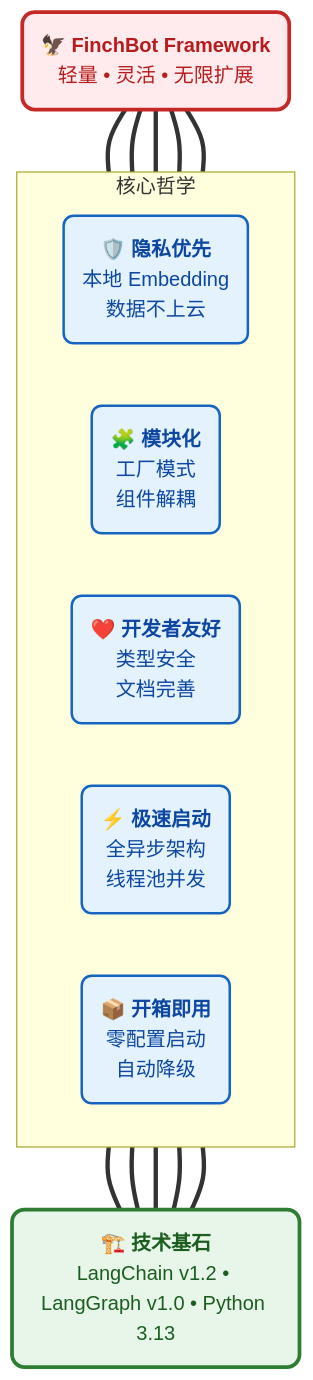
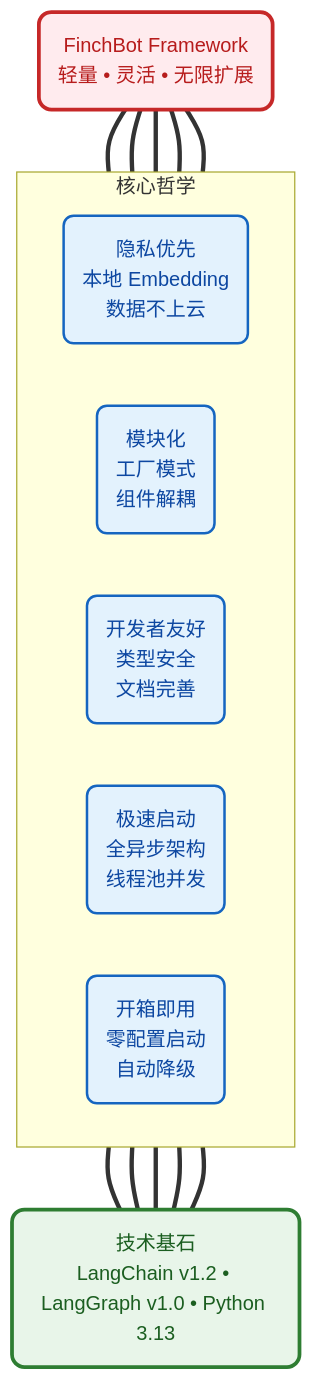
The first of 8 diagrams in README_CN.md (xt765/FinchBot), drawn with Mermaid before and after one commit. The commit also changed other lines of this file and 18 other files, not shown here.

First line of the commit message:
docs: 简化架构图并删除所有mermaid图中的表情包

````diff
--- a/README_CN.md
+++ b/README_CN.md
@@ -66,27 +66,22 @@
 ```mermaid
 graph BT
-    %% 样式定义
     classDef roof fill:#ffebee,stroke:#c62828,stroke-width:3px,color:#b71c1c,rx:10,ry:10;
     classDef pillar fill:#e3f2fd,stroke:#1565c0,stroke-width:2px,color:#0d47a1,rx:8,ry:8;
     classDef base fill:#e8f5e9,stroke:#2e7d32,stroke-width:3px,color:#1b5e20,rx:10,ry:10;
 
-    %% 顶层
-    Roof("🦅 <b>FinchBot Framework</b><br/>轻量 • 灵活 • 无限扩展"):::roof
+    Roof("FinchBot Framework<br/>轻量 • 灵活 • 无限扩展"):::roof
 
-    %% 支柱
     subgraph Pillars [核心哲学]
         direction LR
-        P("🛡️ <b>隐私优先</b><br/>本地 Embedding<br/>数据不上云"):::pillar
-        M("🧩 <b>模块化</b><br/>工厂模式<br/>组件解耦"):::pillar
-        D("❤️ <b>开发者友好</b><br/>类型安全<br/>文档完善"):::pillar
-        S("⚡ <b>极速启动</b><br/>全异步架构<br/>线程池并发"):::pillar
-        O("📦 <b>开箱即用</b><br/>零配置启动<br/>自动降级"):::pillar
+        P("隐私优先<br/>本地 Embedding<br/>数据不上云"):::pillar
+        M("模块化<br/>工厂模式<br/>组件解耦"):::pillar
+        D("开发者友好<br/>类型安全<br/>文档完善"):::pillar
+        S("极速启动<br/>全异步架构<br/>线程池并发"):::pillar
+        O("开箱即用<br/>零配置启动<br/>自动降级"):::pillar
     end
 
-    %% 底层
-    Base("🏗️ <b>技术基石</b><br/>LangChain v1.2 • LangGraph v1.0 • Python 3.13"):::base
+    Base("技术基石<br/>LangChain v1.2 • LangGraph v1.0 • Python 3.13"):::base
 
-    %% 连接
     Base === P & M & D & S & O
     P & M & D & S & O === Roof
 ```
````
